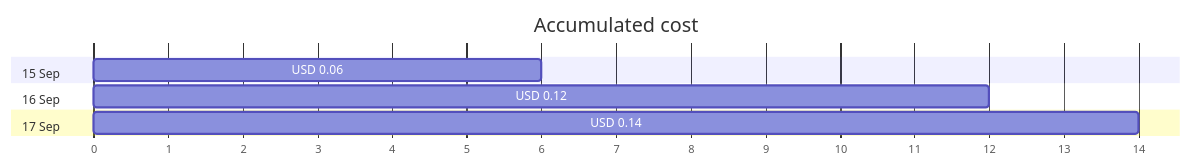
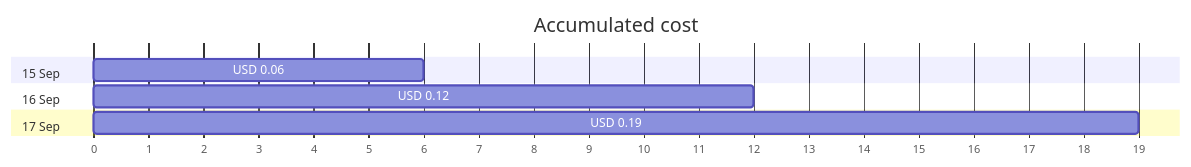
Before and after one commit to jpfulton/azure-personal-reports: the first of 4 diagrams in cost-reports/personal-network/vpn-server_OsDisk.md, drawn with Mermaid. The commit also changed other lines of this file and 17 other files, not shown here.

````diff
--- a/cost-reports/personal-network/vpn-server_OsDisk.md
+++ b/cost-reports/personal-network/vpn-server_OsDisk.md
@@ -20,12 +20,12 @@
 ```mermaid
 gantt
    title Accumulated cost
    dateFormat  X
    axisFormat %s
    section 15 Sep
    USD 0.06 :0, 6
    section 16 Sep
    USD 0.12 :0, 12
    section 17 Sep
-   USD 0.14 :0, 14
+   USD 0.19 :0, 19
 ```
````
